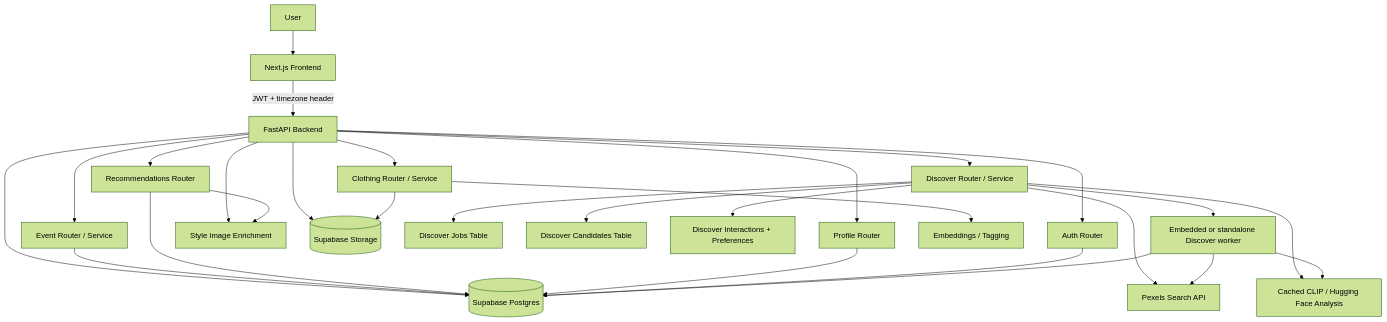
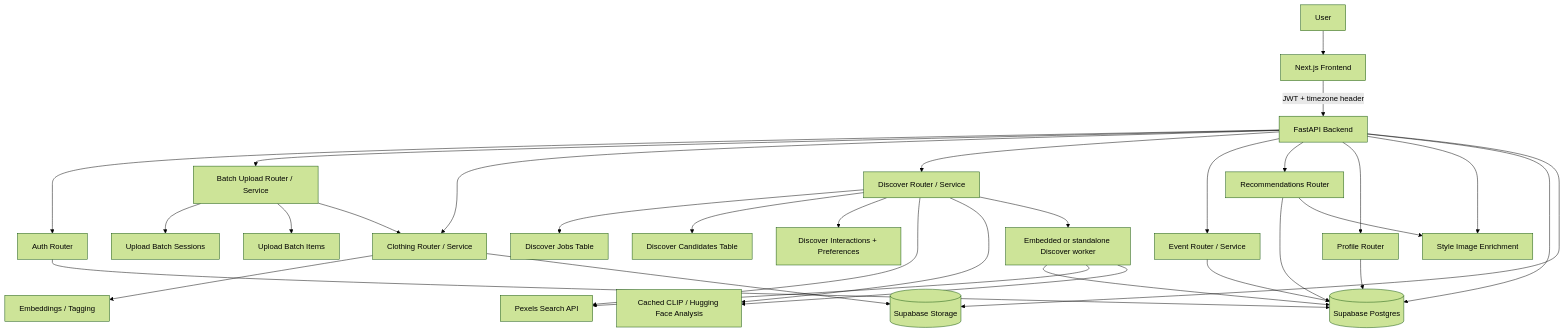
Before and after one commit to ankitapandit/LuxeLookAI: the first of 2 diagrams in docs/system-architecture.md, drawn with Mermaid (forest theme). The commit also changed other lines of this file and 41 other files, not shown here.

````diff
--- a/docs/system-architecture.md
+++ b/docs/system-architecture.md
@@ -41,35 +43,39 @@
 ```mermaid
 flowchart TB
     U[User] --> FE[Next.js Frontend]
     FE -->|JWT + timezone header| API[FastAPI Backend]
 
     API --> AUTH[Auth Router]
+    API --> BATCH[Batch Upload Router / Service]
     API --> CLOTH[Clothing Router / Service]
     API --> DISC[Discover Router / Service]
     API --> EVENT[Event Router / Service]
     API --> REC[Recommendations Router]
     API --> PROF[Profile Router]
     API --> STYLEIMG[Style Image Enrichment]
 
     API --> DB[(Supabase Postgres)]
     API --> ST[(Supabase Storage)]
 
     DISC --> JOBS[Discover Jobs Table]
     DISC --> CAND[Discover Candidates Table]
     DISC --> LEARN[Discover Interactions + Preferences]
     DISC --> PEXELS[Pexels Search API]
     DISC --> CLIP[Cached CLIP / Hugging Face Analysis]
     DISC --> WORKER[Embedded or standalone Discover worker]
 
     CLOTH --> EMB[Embeddings / Tagging]
     CLOTH --> ST
+    BATCH --> BSESS[Upload Batch Sessions]
+    BATCH --> BITEMS[Upload Batch Items]
+    BATCH --> CLOTH
     EVENT --> DB
     REC --> DB
     REC --> STYLEIMG
     PROF --> DB
     AUTH --> DB
 
     WORKER --> DB
     WORKER --> PEXELS
     WORKER --> CLIP
 ```
````
